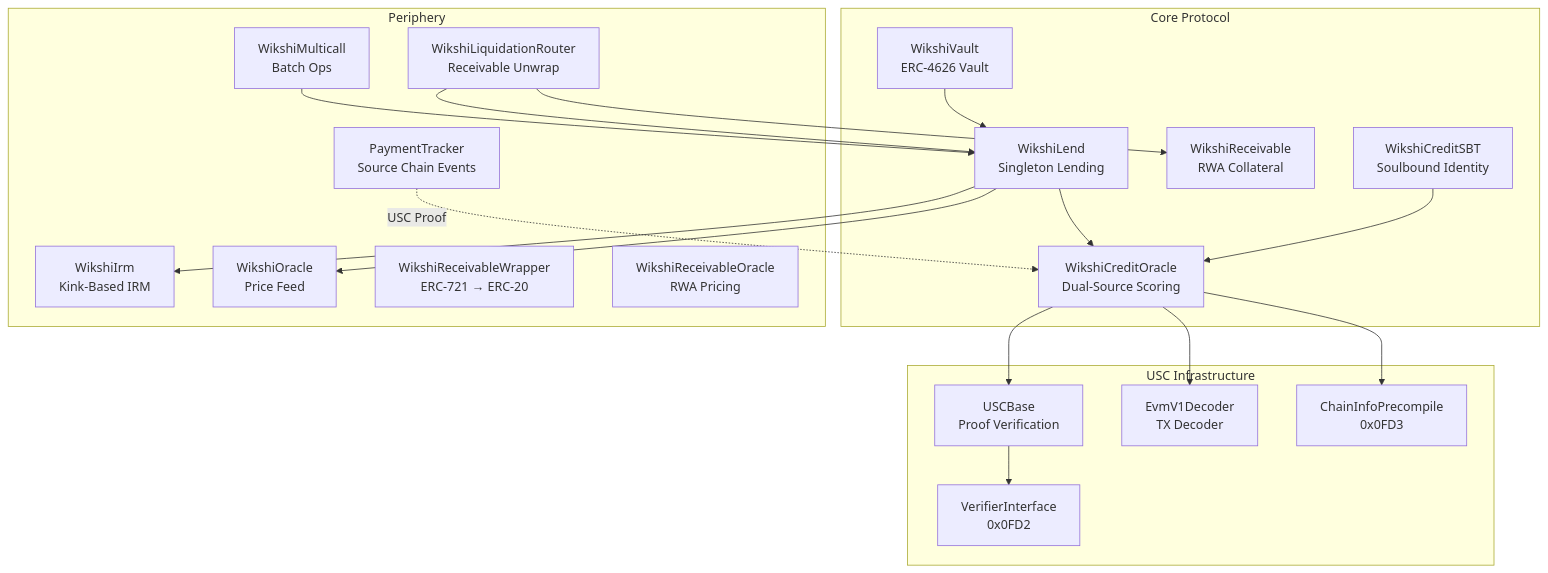
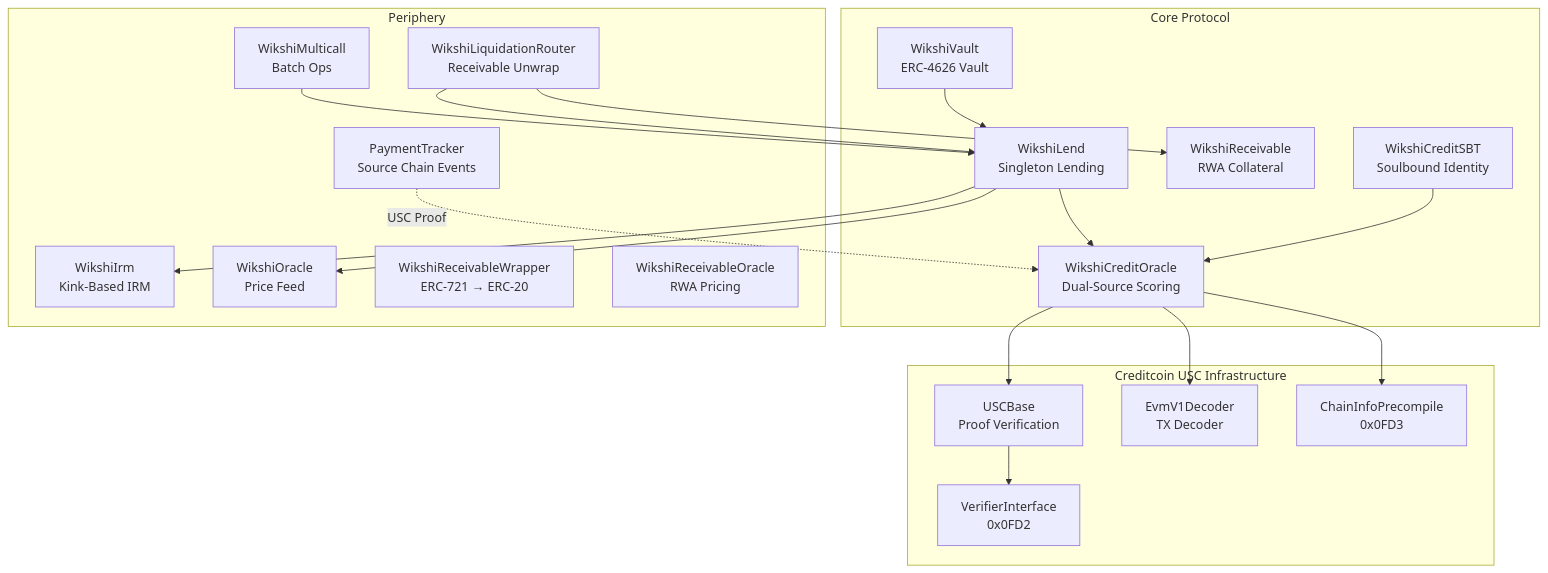
The second of 4 diagrams in README.md (Miny-Labs/wikshi), drawn with Mermaid before and after one commit. The commit also changed other lines of this file, not shown here.

Commit message:
README: full Creditcoin integration depth across all sections

````diff
--- a/README.md
+++ b/README.md
@@ -54,41 +56,41 @@
 ```mermaid
 graph TB
     subgraph Core["Core Protocol"]
         WL[WikshiLend<br/>Singleton Lending]
         CO[WikshiCreditOracle<br/>Dual-Source Scoring]
         WV[WikshiVault<br/>ERC-4626 Vault]
         WR[WikshiReceivable<br/>RWA Collateral]
         SBT[WikshiCreditSBT<br/>Soulbound Identity]
     end
 
     subgraph Periphery["Periphery"]
         IRM[WikshiIrm<br/>Kink-Based IRM]
         OR[WikshiOracle<br/>Price Feed]
         MC[WikshiMulticall<br/>Batch Ops]
         LR[WikshiLiquidationRouter<br/>Receivable Unwrap]
         PT[PaymentTracker<br/>Source Chain Events]
         RW[WikshiReceivableWrapper<br/>ERC-721 → ERC-20]
         RO[WikshiReceivableOracle<br/>RWA Pricing]
     end
 
-    subgraph Vendor["USC Infrastructure"]
+    subgraph Vendor["Creditcoin USC Infrastructure"]
         UB[USCBase<br/>Proof Verification]
         ED[EvmV1Decoder<br/>TX Decoder]
         CI[ChainInfoPrecompile<br/>0x0FD3]
         VI[VerifierInterface<br/>0x0FD2]
     end
 
     WL --> CO
     WL --> IRM
     WL --> OR
     WV --> WL
     CO --> UB
     CO --> ED
     CO --> CI
     UB --> VI
     SBT --> CO
     MC --> WL
     LR --> WL
     LR --> WR
     PT -.->|USC Proof| CO
 ```
````
